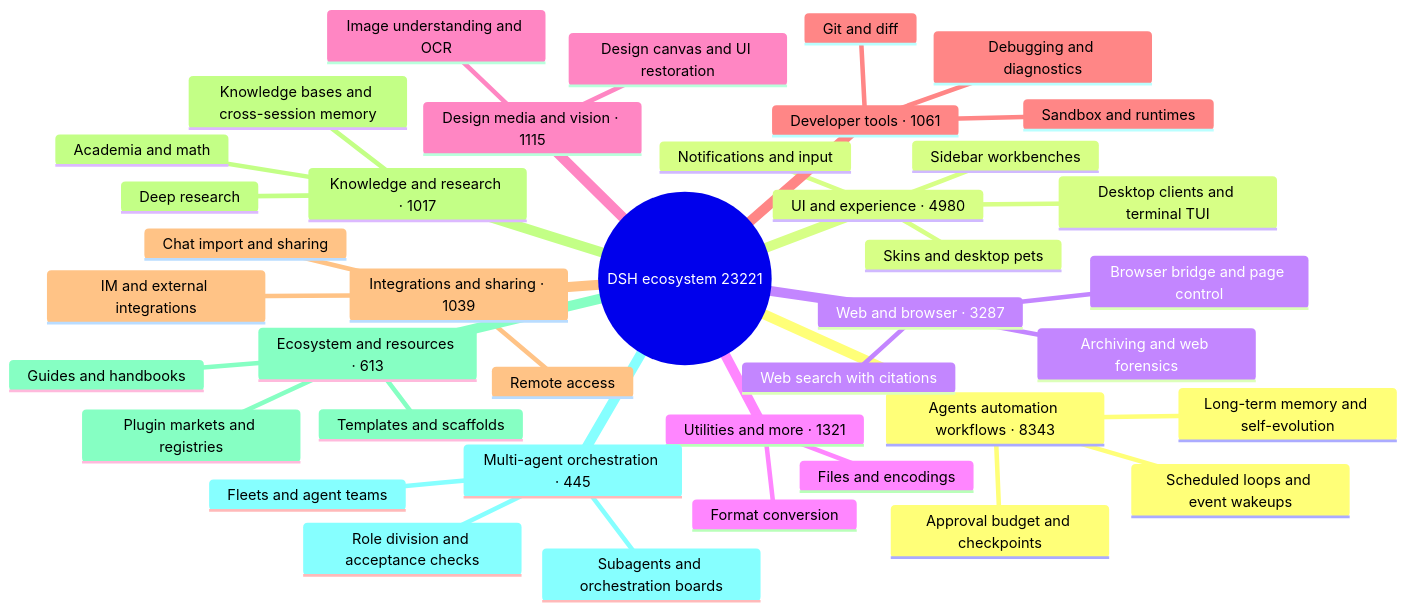
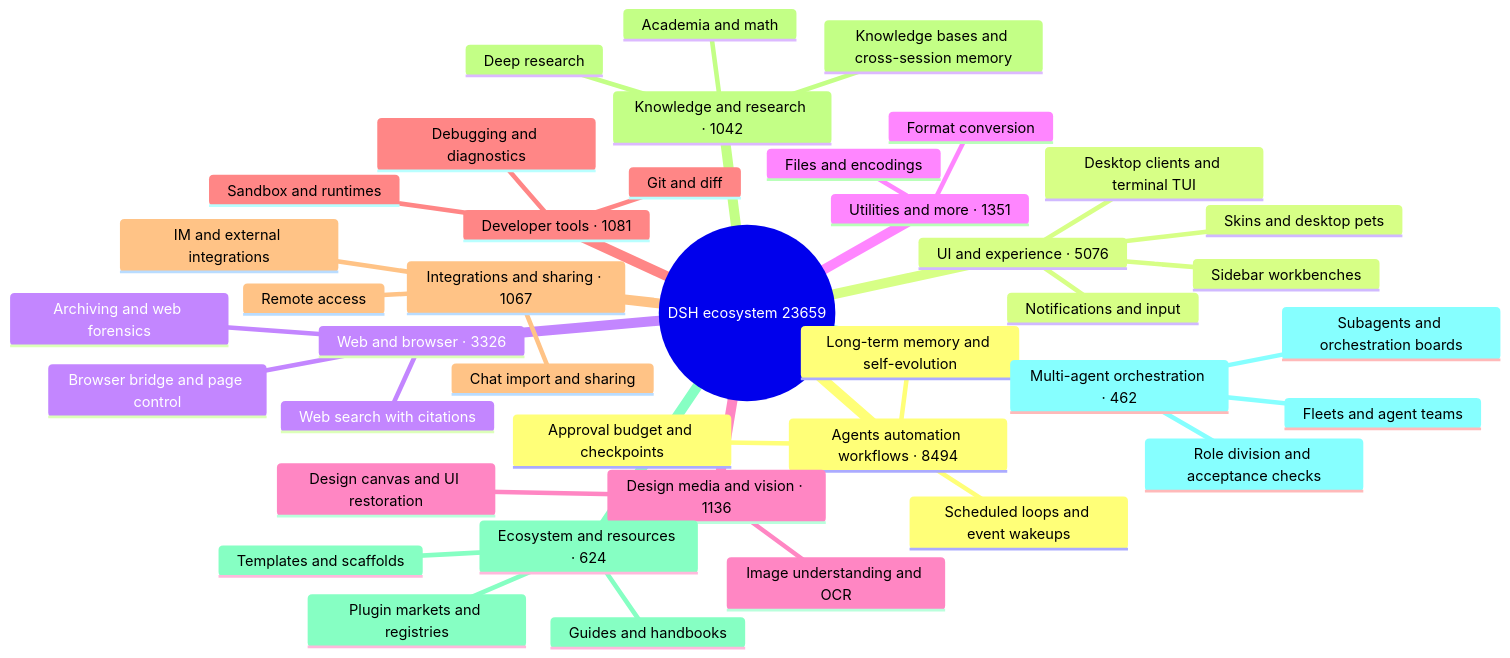
The diagram in README_EN.md (bruc3van/awesome-dsh-plugin), drawn with Mermaid before and after one commit. The commit also changed other lines of this file and 27 other files, not shown here.

````diff
--- a/README_EN.md
+++ b/README_EN.md
@@ -32,43 +32,43 @@
 ```mermaid
 mindmap
-  root((DSH ecosystem 23221))
-    Agents automation workflows · 8343
+  root((DSH ecosystem 23659))
+    Agents automation workflows · 8494
       Scheduled loops and event wakeups
       Long-term memory and self-evolution
       Approval budget and checkpoints
-    UI and experience · 4980
+    UI and experience · 5076
       Desktop clients and terminal TUI
       Sidebar workbenches
       Skins and desktop pets
       Notifications and input
-    Web and browser · 3287
+    Web and browser · 3326
       Browser bridge and page control
       Web search with citations
       Archiving and web forensics
-    Utilities and more · 1321
+    Utilities and more · 1351
       Files and encodings
       Format conversion
-    Design media and vision · 1115
+    Design media and vision · 1136
       Image understanding and OCR
       Design canvas and UI restoration
-    Developer tools · 1061
+    Developer tools · 1081
       Git and diff
       Sandbox and runtimes
       Debugging and diagnostics
-    Integrations and sharing · 1039
+    Integrations and sharing · 1067
       Chat import and sharing
       Remote access
       IM and external integrations
-    Knowledge and research · 1017
+    Knowledge and research · 1042
       Knowledge bases and cross-session memory
       Deep research
       Academia and math
-    Ecosystem and resources · 613
+    Ecosystem and resources · 624
       Plugin markets and registries
       Templates and scaffolds
       Guides and handbooks
-    Multi-agent orchestration · 445
+    Multi-agent orchestration · 462
       Subagents and orchestration boards
       Fleets and agent teams
       Role division and acceptance checks
 ```
````
